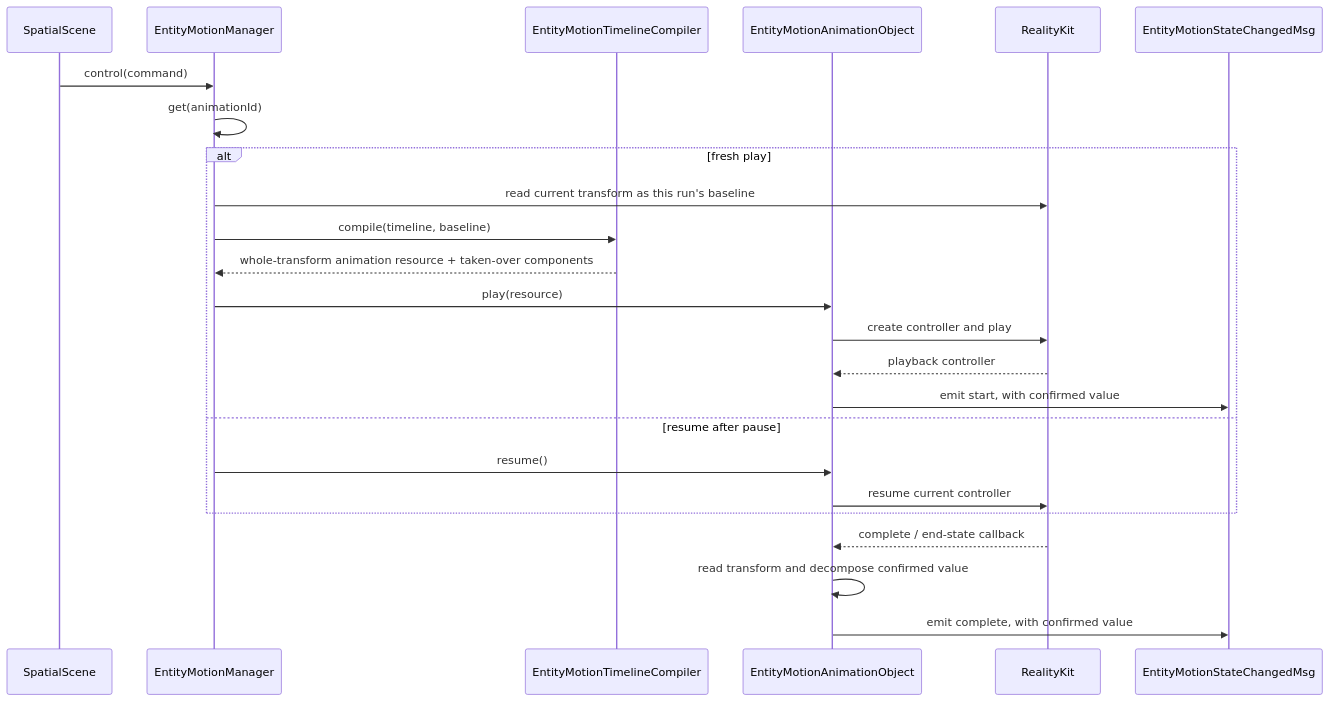
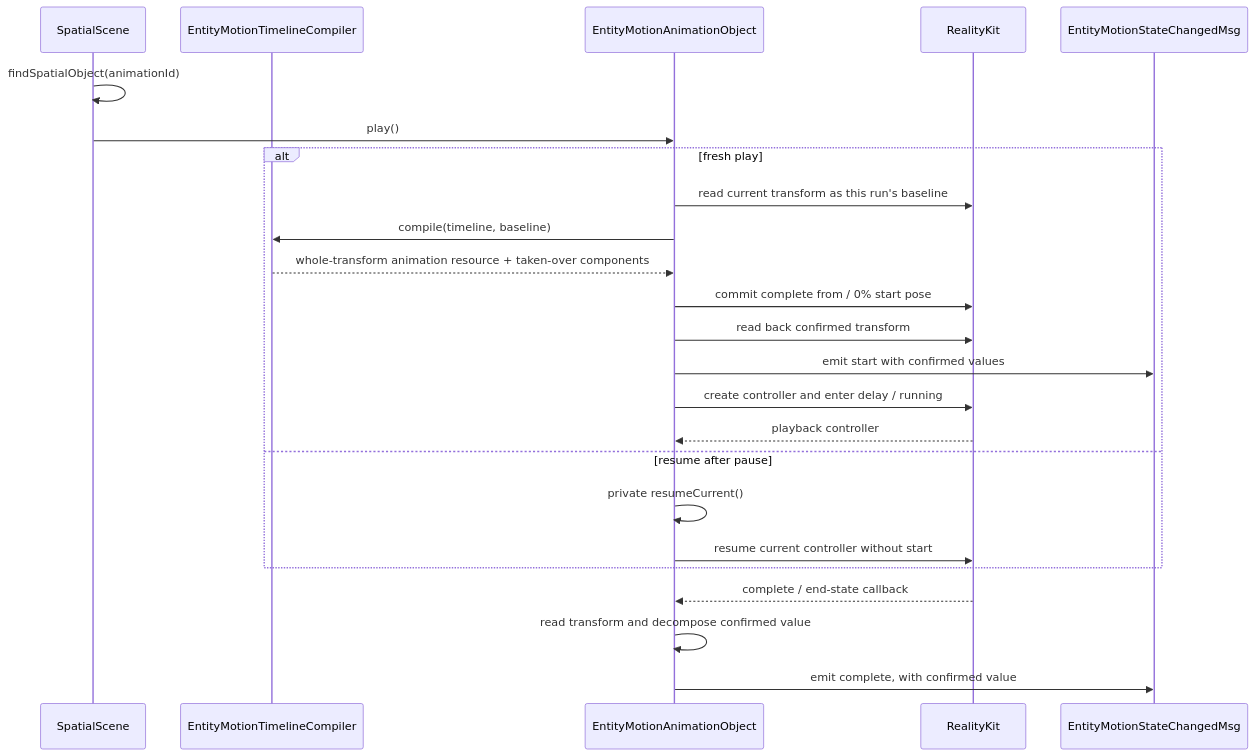
Diagram 11 of 14 in openspec/changes/redesign-entity-motion-api/design.md (webspatial/webspatial-sdk), drawn with Mermaid before and after one commit. The commit also changed other lines of this file and 1 other file, not shown here.

````diff
--- a/openspec/changes/redesign-entity-motion-api/design.md
+++ b/openspec/changes/redesign-entity-motion-api/design.md
@@ -929,27 +1013,27 @@
 ```mermaid
 sequenceDiagram
     participant Scene as SpatialScene
-    participant Manager as EntityMotionManager
     participant Compiler as EntityMotionTimelineCompiler
     participant Obj as EntityMotionAnimationObject
     participant RK as RealityKit
     participant Event as EntityMotionStateChangedMsg
 
-    Scene->>Manager: control(command)
-    Manager->>Manager: get(animationId)
+    Scene->>Scene: findSpatialObject(animationId)
+    Scene->>Obj: play()
     alt fresh play
-        Manager->>RK: read current transform as this run's baseline
-        Manager->>Compiler: compile(timeline, baseline)
-        Compiler-->>Manager: whole-transform animation resource + taken-over components
-        Manager->>Obj: play(resource)
-        Obj->>RK: create controller and play
+        Obj->>RK: read current transform as this run's baseline
+        Obj->>Compiler: compile(timeline, baseline)
+        Compiler-->>Obj: whole-transform animation resource + taken-over components
+        Obj->>RK: commit complete from / 0% start pose
+        Obj->>RK: read back confirmed transform
+        Obj->>Event: emit start with confirmed values
+        Obj->>RK: create controller and enter delay / running
         RK-->>Obj: playback controller
-        Obj->>Event: emit start, with confirmed value
     else resume after pause
-        Manager->>Obj: resume()
-        Obj->>RK: resume current controller
+        Obj->>Obj: private resumeCurrent()
+        Obj->>RK: resume current controller without start
     end
     RK-->>Obj: complete / end-state callback
     Obj->>Obj: read transform and decompose confirmed value
     Obj->>Event: emit complete, with confirmed value
 ```
````
